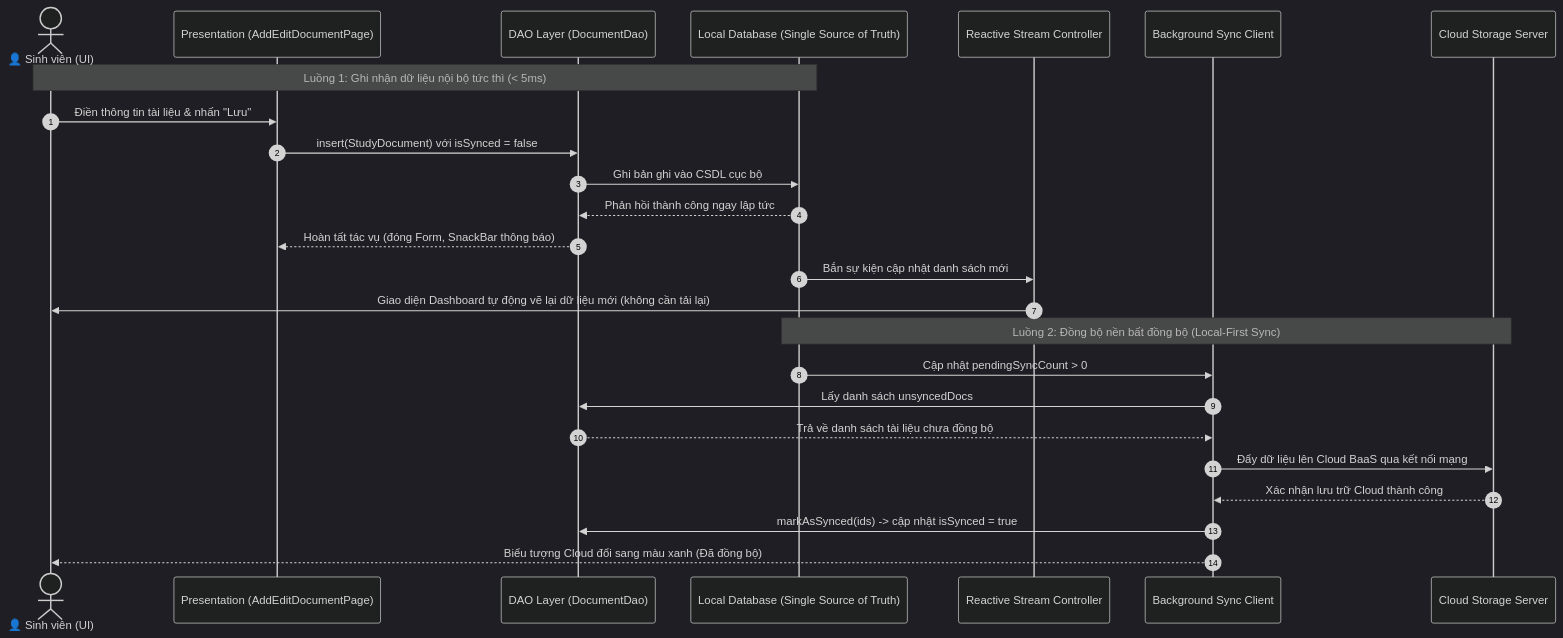
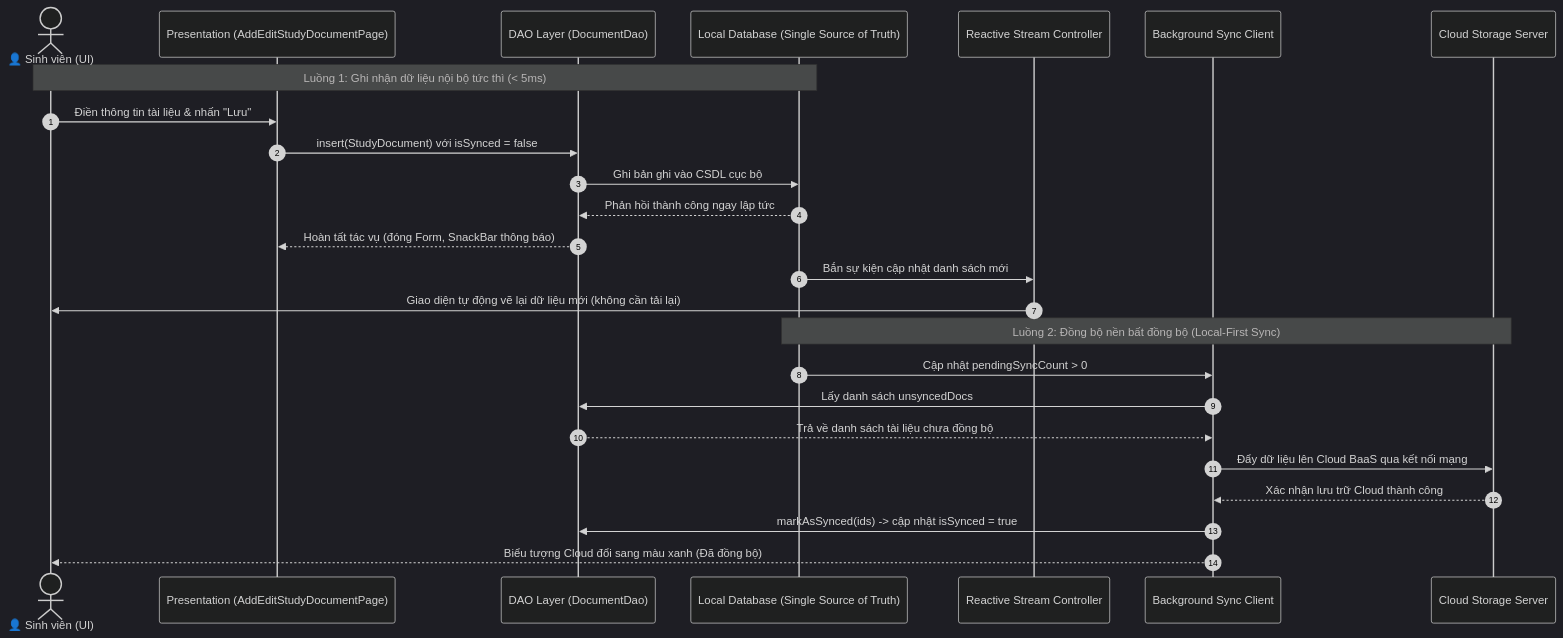
One commit to pvhung2112/Cashew changed the second of 2 diagrams in BAO_CAO_TH1_QUAN_LY_TAI_LIEU_CASHEW.md. Above: the diagram before and after it, drawn with Mermaid (dark theme). The commit also changed other lines of this file and 57 other files, not shown here.

Commit message:
refactor(TH1): consolidate all study document modules and unit tests directly into budget/lib and budget/test

````diff
--- a/BAO_CAO_TH1_QUAN_LY_TAI_LIEU_CASHEW.md
+++ b/BAO_CAO_TH1_QUAN_LY_TAI_LIEU_CASHEW.md
@@ -108,29 +102,29 @@
 ```mermaid
 sequenceDiagram
     autonumber
     actor SinhVien as 👤 Sinh viên (UI)
-    participant UI as Presentation (AddEditDocumentPage)
+    participant UI as Presentation (AddEditStudyDocumentPage)
     participant DAO as DAO Layer (DocumentDao)
     participant DB as Local Database (Single Source of Truth)
     participant Stream as Reactive Stream Controller
     participant Sync as Background Sync Client
     participant Cloud as Cloud Storage Server
 
     Note over SinhVien,DB: Luồng 1: Ghi nhận dữ liệu nội bộ tức thì (< 5ms)
     SinhVien->>UI: Điền thông tin tài liệu & nhấn "Lưu"
     UI->>DAO: insert(StudyDocument) với isSynced = false
     DAO->>DB: Ghi bản ghi vào CSDL cục bộ
     DB-->>DAO: Phản hồi thành công ngay lập tức
     DAO-->>UI: Hoàn tất tác vụ (đóng Form, SnackBar thông báo)
     DB->>Stream: Bắn sự kiện cập nhật danh sách mới
-    Stream->>SinhVien: Giao diện Dashboard tự động vẽ lại dữ liệu mới (không cần tải lại)
+    Stream->>SinhVien: Giao diện tự động vẽ lại dữ liệu mới (không cần tải lại)
 
     Note over DB,Cloud: Luồng 2: Đồng bộ nền bất đồng bộ (Local-First Sync)
     DB->>Sync: Cập nhật pendingSyncCount > 0
     Sync->>DAO: Lấy danh sách unsyncedDocs
     DAO-->>Sync: Trả về danh sách tài liệu chưa đồng bộ
     Sync->>Cloud: Đẩy dữ liệu lên Cloud BaaS qua kết nối mạng
     Cloud-->>Sync: Xác nhận lưu trữ Cloud thành công
     Sync->>DAO: markAsSynced(ids) -> cập nhật isSynced = true
     Sync-->>SinhVien: Biểu tượng Cloud đổi sang màu xanh (Đã đồng bộ)
 ```
````
